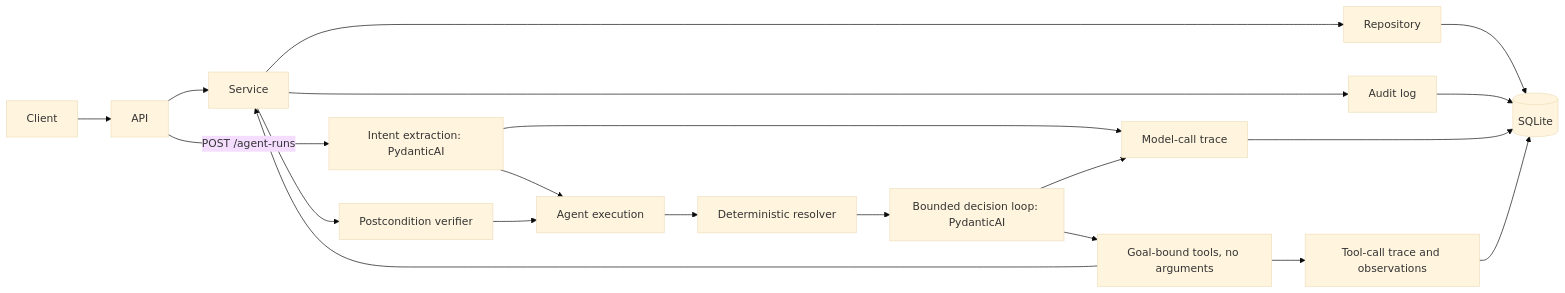
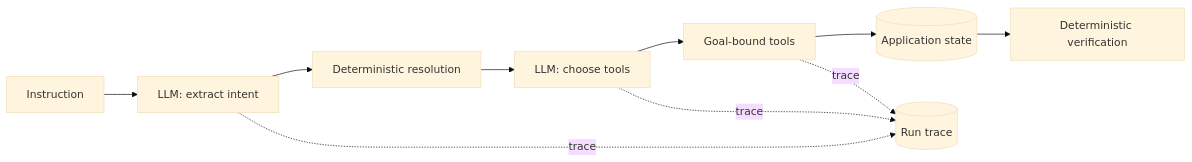
Before and after one commit to bksampadi/saas-agent-lab: the diagram in README.md, drawn with Mermaid (base theme). The commit also changed other lines of this file, not shown here.

````diff
--- a/README.md
+++ b/README.md
@@ -128,25 +15,12 @@
 ```mermaid
 flowchart LR
-    Client --> API
-    API --> Service
-    Service --> Repository
-    Repository --> DB[(SQLite)]
-
-    Service --> Audit[Audit log]
-    Audit --> DB
-
-    API -->|POST /agent-runs| Planner[Intent extraction: PydanticAI]
-    Planner --> ModelTrace[Model-call trace]
-    Planner --> AgentRun[Agent execution]
-    AgentRun --> Resolver[Deterministic resolver]
-    Resolver --> Decision[Bounded decision loop: PydanticAI]
-    Decision --> ModelTrace
-    Decision --> Tools[Goal-bound tools, no arguments]
-    Tools --> Service
-    Tools --> Trace[Tool-call trace and observations]
-    ModelTrace --> DB
-    Trace --> DB
-
-    Service --> Verifier[Postcondition verifier]
-    Verifier --> AgentRun
+    I[Instruction] --> X[LLM: extract intent]
+    X --> R[Deterministic resolution]
+    R --> D[LLM: choose tools]
+    D --> T[Goal-bound tools]
+    T --> A[(Application state)]
+    A --> V[Deterministic verification]
+    X -. trace .-> L[(Run trace)]
+    D -. trace .-> L
+    T -. trace .-> L
 ```
````
